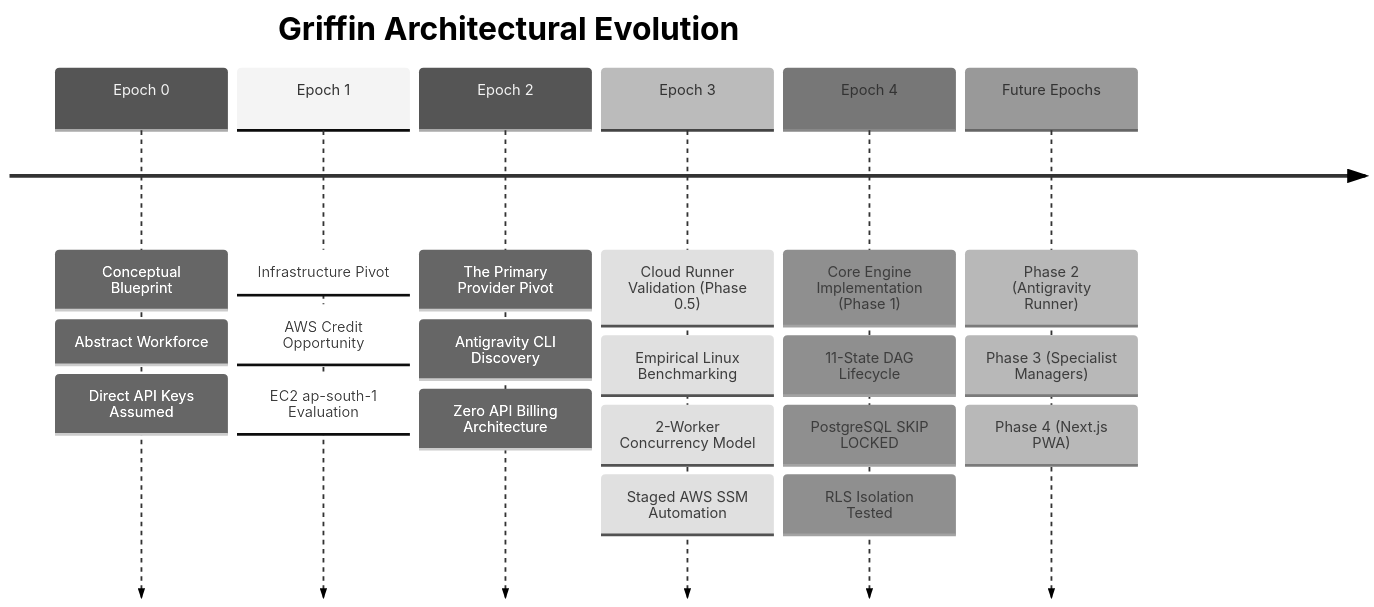
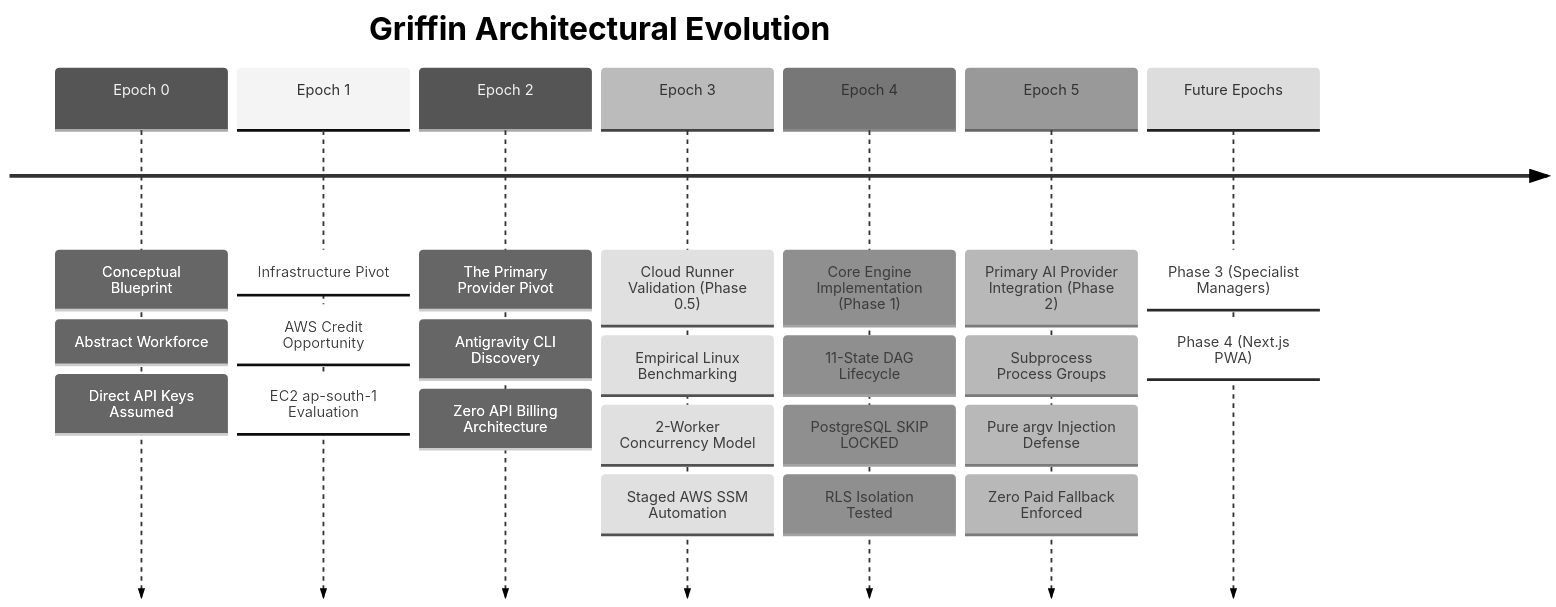
Before and after one commit to adhyan-jain/griffin: the diagram in evolution.md, drawn with Mermaid (neutral theme). The commit also changed other lines of this file and 22 other files, not shown here.

First line of the commit message:
feat(provider): implement Antigravity CLI as primary AI execution provider (Phase 2)

````diff
--- a/evolution.md
+++ b/evolution.md
@@ -9,10 +9,11 @@
 ```mermaid
 timeline
     title Griffin Architectural Evolution
     Epoch 0 : Conceptual Blueprint : Abstract Workforce : Direct API Keys Assumed
     Epoch 1 : Infrastructure Pivot : AWS Credit Opportunity : EC2 ap-south-1 Evaluation
     Epoch 2 : The Primary Provider Pivot : Antigravity CLI Discovery : Zero API Billing Architecture
     Epoch 3 : Cloud Runner Validation (Phase 0.5) : Empirical Linux Benchmarking : 2-Worker Concurrency Model : Staged AWS SSM Automation
     Epoch 4 : Core Engine Implementation (Phase 1) : 11-State DAG Lifecycle : PostgreSQL SKIP LOCKED : RLS Isolation Tested
-    Future Epochs : Phase 2 (Antigravity Runner) : Phase 3 (Specialist Managers) : Phase 4 (Next.js PWA)
+    Epoch 5 : Primary AI Provider Integration (Phase 2) : Subprocess Process Groups : Pure argv Injection Defense : Zero Paid Fallback Enforced
+    Future Epochs : Phase 3 (Specialist Managers) : Phase 4 (Next.js PWA)
 ```
````
